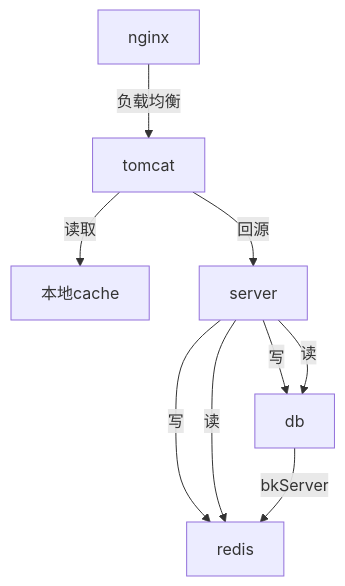
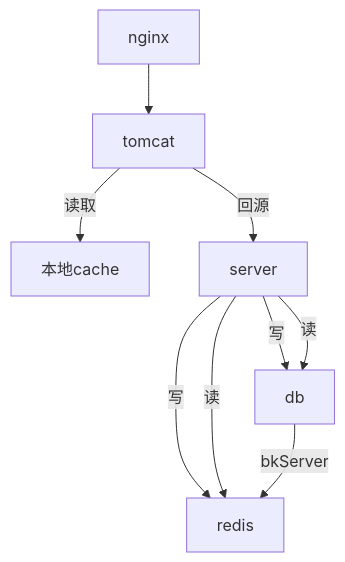
Before and after one commit to JMMMM/Markdown: the diagram in 缓存简介.md, drawn with Mermaid. The commit also changed other lines of this file and 1 other file, not shown here.

````diff
--- a/缓存简介.md
+++ b/缓存简介.md
@@ -81,11 +61,11 @@
 ```mermaid
 graph TD
-nginx --> |负载均衡|tomcat
+nginx --> tomcat
 tomcat --> |读取| 本地cache
 tomcat --> |回源| server
 server --> |写| db
 server --> |读| db
 server --> |写| redis
 server --> |读| redis
 db -->|bkServer|redis
 ```
````
